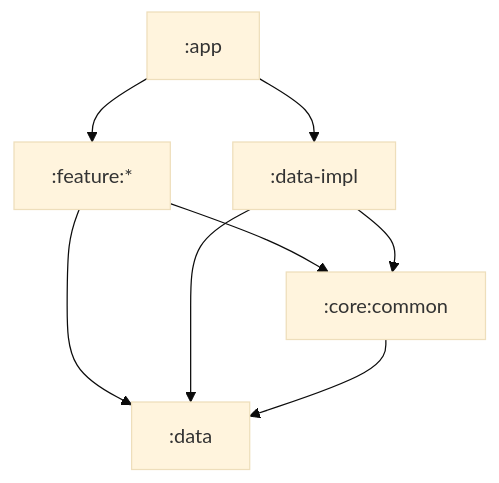
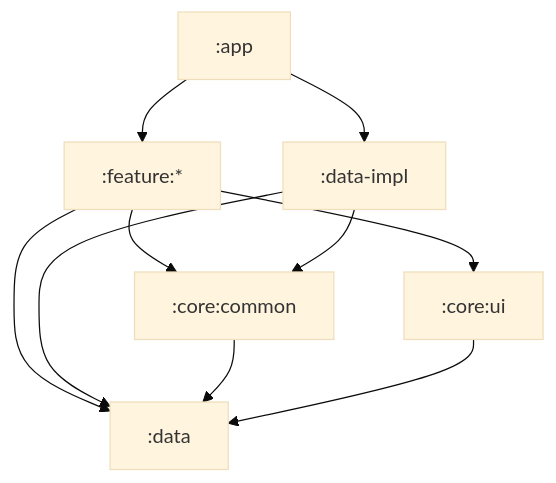
One commit to NUmeroAndDev/AppProjectTemplate-android changed the diagram in README.md. Above: the diagram before and after it, drawn with Mermaid (base theme). The commit also changed 10 other files, not shown here.

````diff
--- a/README.md
+++ b/README.md
@@ -8,10 +8,12 @@
 ```mermaid
   graph TD;
       :app-->:feature:*;
       :app-->:data-impl;
+      :feature:*-->:core:common;
+      :feature:*-->:core:ui;
       :feature:*-->:data;
-      :feature:*-->:core:common;
       :data-impl-->:data;
       :data-impl-->:core:common;
       :core:common-->:data;
+      :core:ui-->:data;
 ```
````
